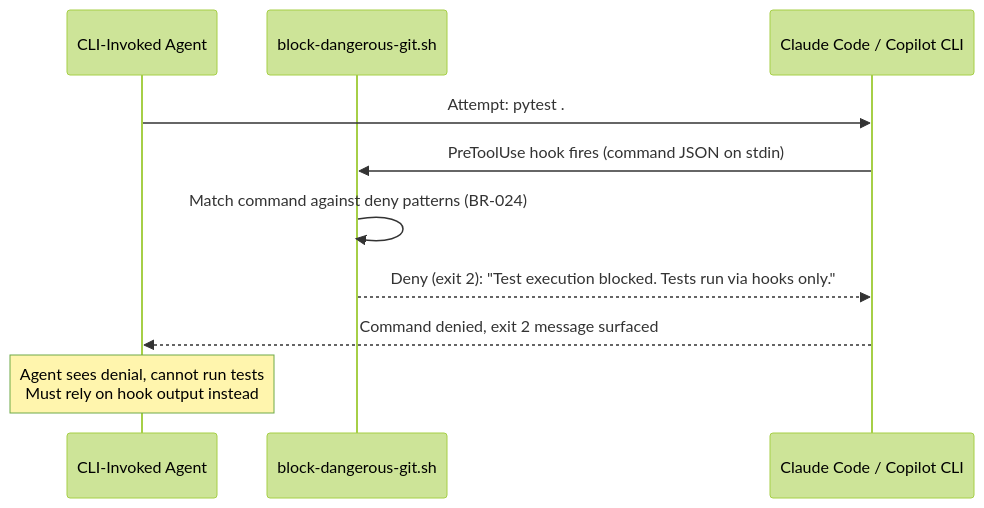
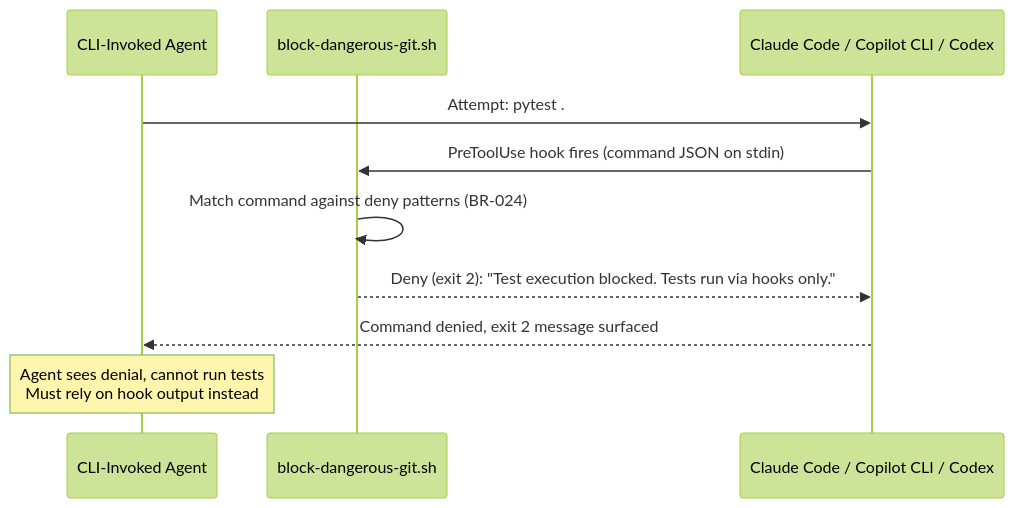
The fifth of 5 diagrams in docs/06_runtime_view.md (matthiasdaues/agent_factory), drawn with Mermaid (forest theme) before and after one commit. The commit also changed other lines of this file and 16 other files, not shown here.

````diff
--- a/docs/06_runtime_view.md
+++ b/docs/06_runtime_view.md
@@ -139,13 +139,13 @@
 ```mermaid
 sequenceDiagram
     participant A as CLI-Invoked Agent
     participant BDG as block-dangerous-git.sh
-    participant CLI as Claude Code / Copilot CLI
+    participant CLI as Claude Code / Copilot CLI / Codex
 
     A->>CLI: Attempt: pytest .
     CLI->>BDG: PreToolUse hook fires (command JSON on stdin)
     BDG->>BDG: Match command against deny patterns (BR-024)
     BDG-->>CLI: Deny (exit 2): "Test execution blocked. Tests run via hooks only."
     CLI-->>A: Command denied, exit 2 message surfaced
     Note over A: Agent sees denial, cannot run tests<br/>Must rely on hook output instead
 ```
````
